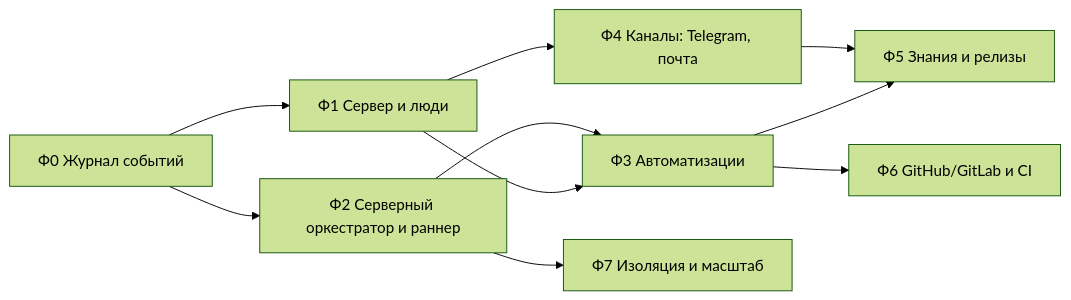
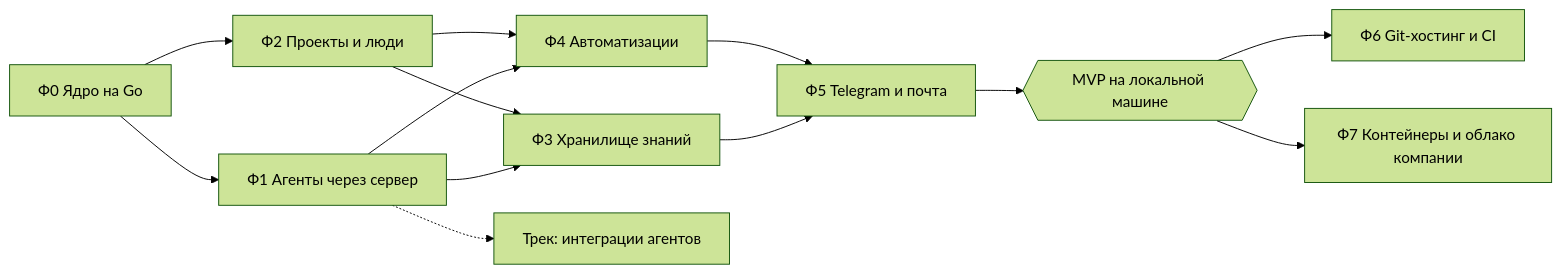
One commit to StepanDubrovin/genie changed the diagram in docs/platform/roadmap.md. Above: the diagram before and after it, drawn with Mermaid (forest theme). The commit also changed other lines of this file and 5 other files, not shown here.

````diff
--- a/docs/platform/roadmap.md
+++ b/docs/platform/roadmap.md
@@ -18,12 +22,15 @@
 ```mermaid
 flowchart LR
-  F0[Ф0 Журнал событий] --> F1[Ф1 Сервер и люди]
-  F0 --> F2[Ф2 Серверный оркестратор и раннер]
-  F1 --> F3[Ф3 Автоматизации]
+  F0[Ф0 Ядро на Go] --> F1[Ф1 Агенты через сервер]
+  F0 --> F2[Ф2 Проекты и люди]
+  F1 --> F3[Ф3 Хранилище знаний]
   F2 --> F3
-  F1 --> F4[Ф4 Каналы: Telegram, почта]
-  F3 --> F5[Ф5 Знания и релизы]
+  F1 --> F4[Ф4 Автоматизации]
+  F2 --> F4
+  F3 --> F5[Ф5 Telegram и почта]
   F4 --> F5
-  F3 --> F6[Ф6 GitHub/GitLab и CI]
-  F2 --> F7[Ф7 Изоляция и масштаб]
+  F5 --> MVP{{MVP на локальной машине}}
+  MVP --> F6[Ф6 Git-хостинг и CI]
+  MVP --> F7[Ф7 Контейнеры и облако компании]
+  F1 -.-> AI[Трек: интеграции агентов]
 ```
````
